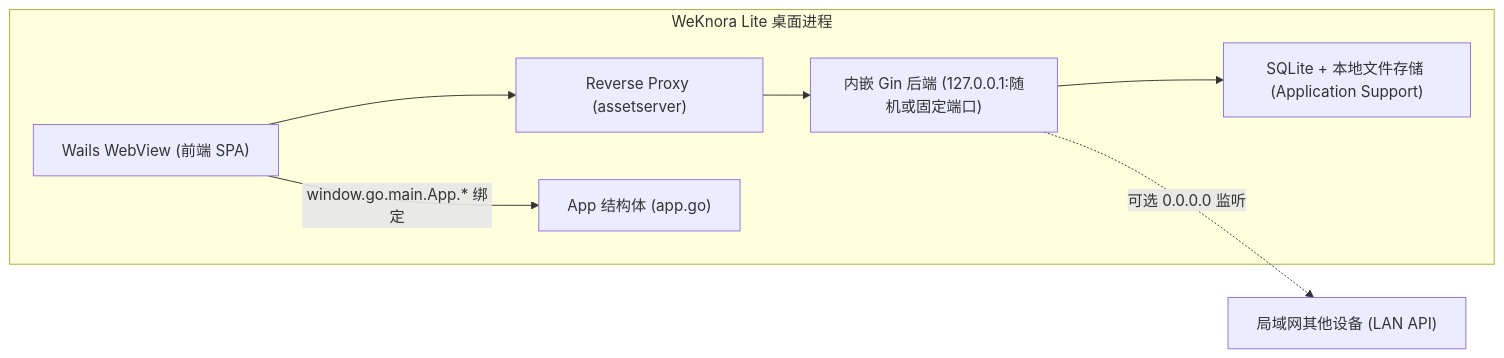
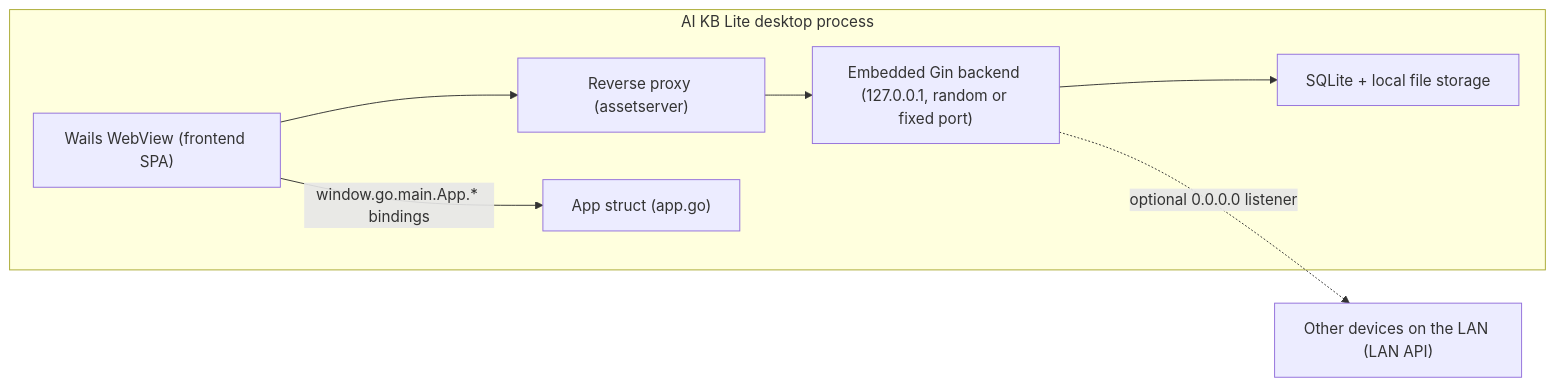
The diagram in website-docs/05-clients/05-desktop.md (jrmatherly/ai-kb), drawn with Mermaid before and after one commit. The commit also changed other lines of this file and 9 other files, not shown here.

First line of the commit message:
docs(clients,development): translate desktop, mini program, Local Browser, dev guide, sandbox deployment

````diff
--- a/website-docs/05-clients/05-desktop.md
+++ b/website-docs/05-clients/05-desktop.md
@@ -17,12 +19,12 @@
 ```mermaid
 flowchart LR
-    subgraph D["WeKnora Lite 桌面进程"]
-        W["Wails WebView (前端 SPA)"]
-        P["Reverse Proxy (assetserver)"]
-        B["内嵌 Gin 后端 (127.0.0.1:随机或固定端口)"]
-        S["SQLite + 本地文件存储 (Application Support)"]
+    subgraph D["AI KB Lite desktop process"]
+        W["Wails WebView (frontend SPA)"]
+        P["Reverse proxy (assetserver)"]
+        B["Embedded Gin backend (127.0.0.1, random or fixed port)"]
+        S["SQLite + local file storage"]
         W --> P --> B --> S
-        W -- "window.go.main.App.* 绑定" --> A["App 结构体 (app.go)"]
+        W -- "window.go.main.App.* bindings" --> A["App struct (app.go)"]
     end
-    B -. "可选 0.0.0.0 监听" .-> L["局域网其他设备 (LAN API)"]
+    B -. "optional 0.0.0.0 listener" .-> L["Other devices on the LAN (LAN API)"]
 ```
````
